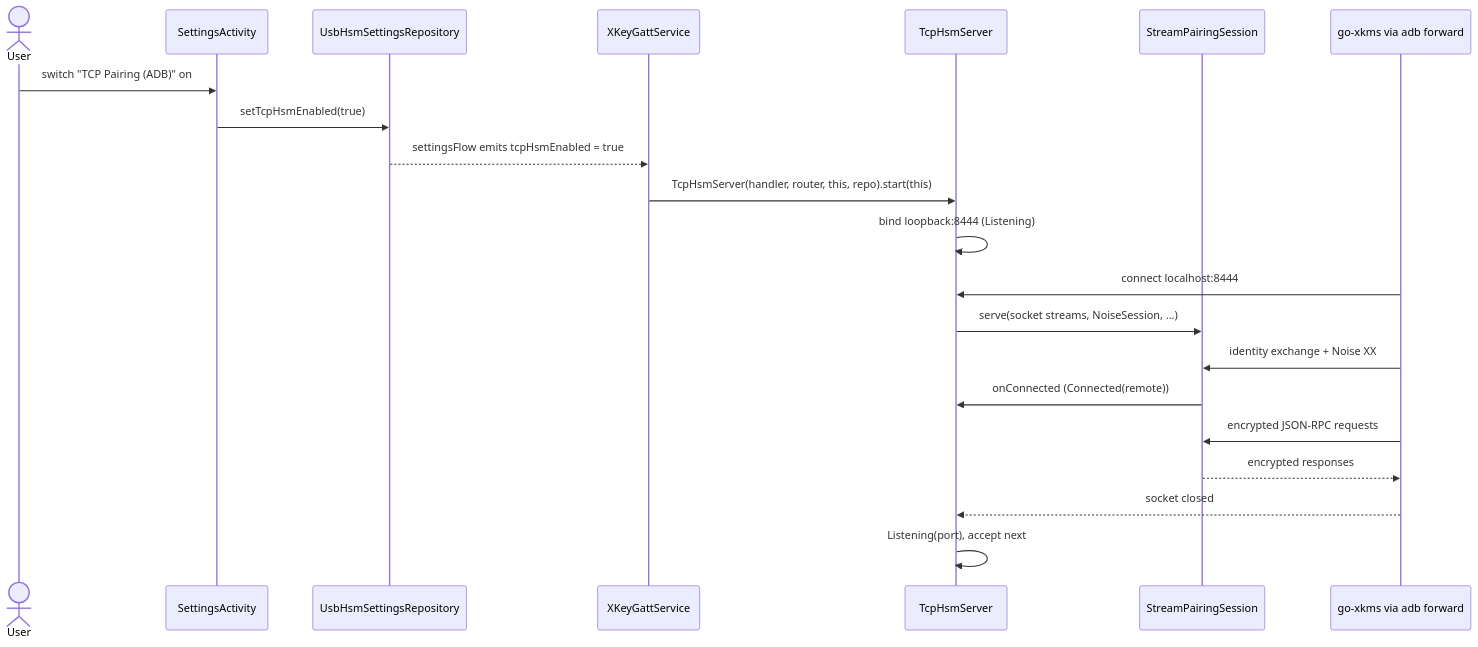
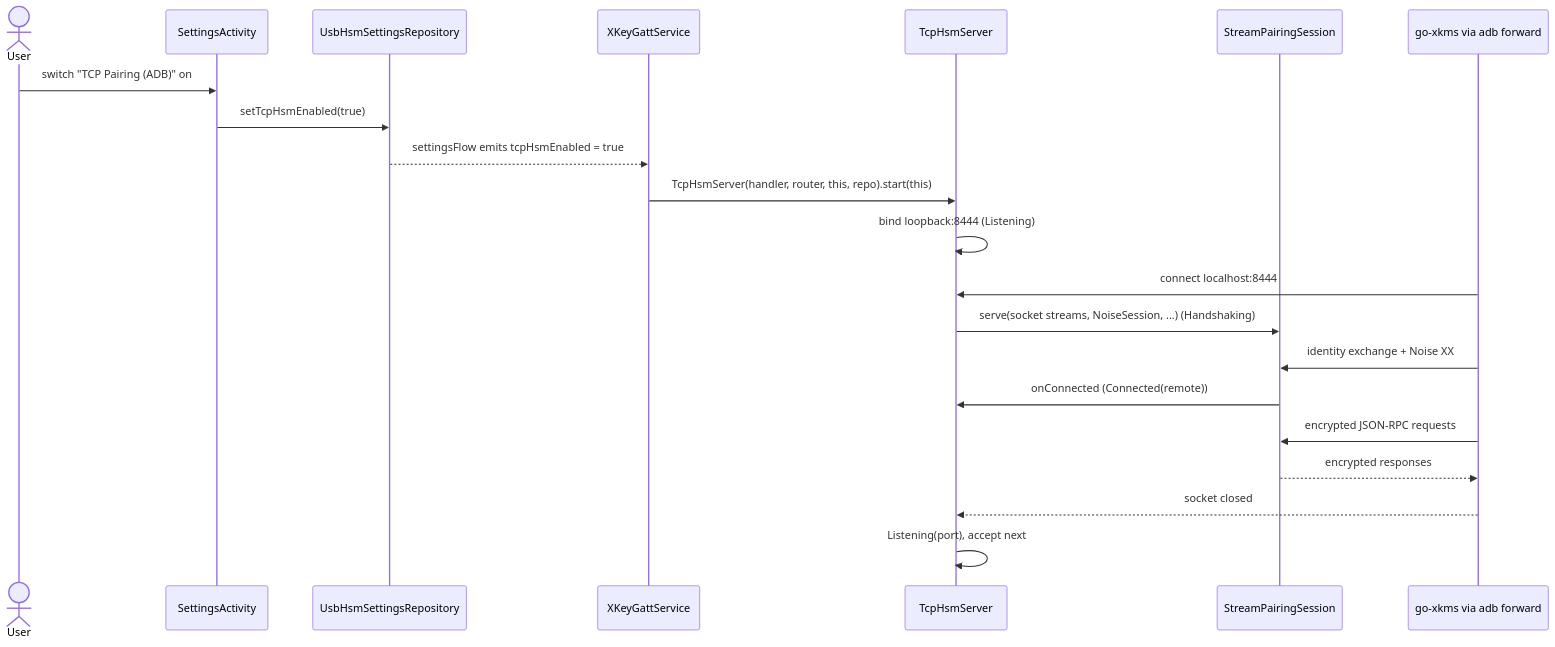
The diagram in docs/tcp-pairing/architecture.md (jeremyhahn/xkey-android), drawn with Mermaid before and after one commit. The commit also changed other lines of this file and 39 other files, not shown here.

````diff
--- a/docs/tcp-pairing/architecture.md
+++ b/docs/tcp-pairing/architecture.md
@@ -42,24 +47,24 @@
 ```mermaid
 sequenceDiagram
     actor User
     participant Set as SettingsActivity
     participant Repo as UsbHsmSettingsRepository
     participant Svc as XKeyGattService
     participant TCP as TcpHsmServer
     participant SPS as StreamPairingSession
     participant Desk as go-xkms via adb forward
 
     User->>Set: switch "TCP Pairing (ADB)" on
     Set->>Repo: setTcpHsmEnabled(true)
     Repo-->>Svc: settingsFlow emits tcpHsmEnabled = true
     Svc->>TCP: TcpHsmServer(handler, router, this, repo).start(this)
     TCP->>TCP: bind loopback:8444 (Listening)
     Desk->>TCP: connect localhost:8444
-    TCP->>SPS: serve(socket streams, NoiseSession, ...)
+    TCP->>SPS: serve(socket streams, NoiseSession, ...) (Handshaking)
     Desk->>SPS: identity exchange + Noise XX
     SPS->>TCP: onConnected (Connected(remote))
     Desk->>SPS: encrypted JSON-RPC requests
     SPS-->>Desk: encrypted responses
     Desk-->>TCP: socket closed
     TCP->>TCP: Listening(port), accept next
 ```
````
